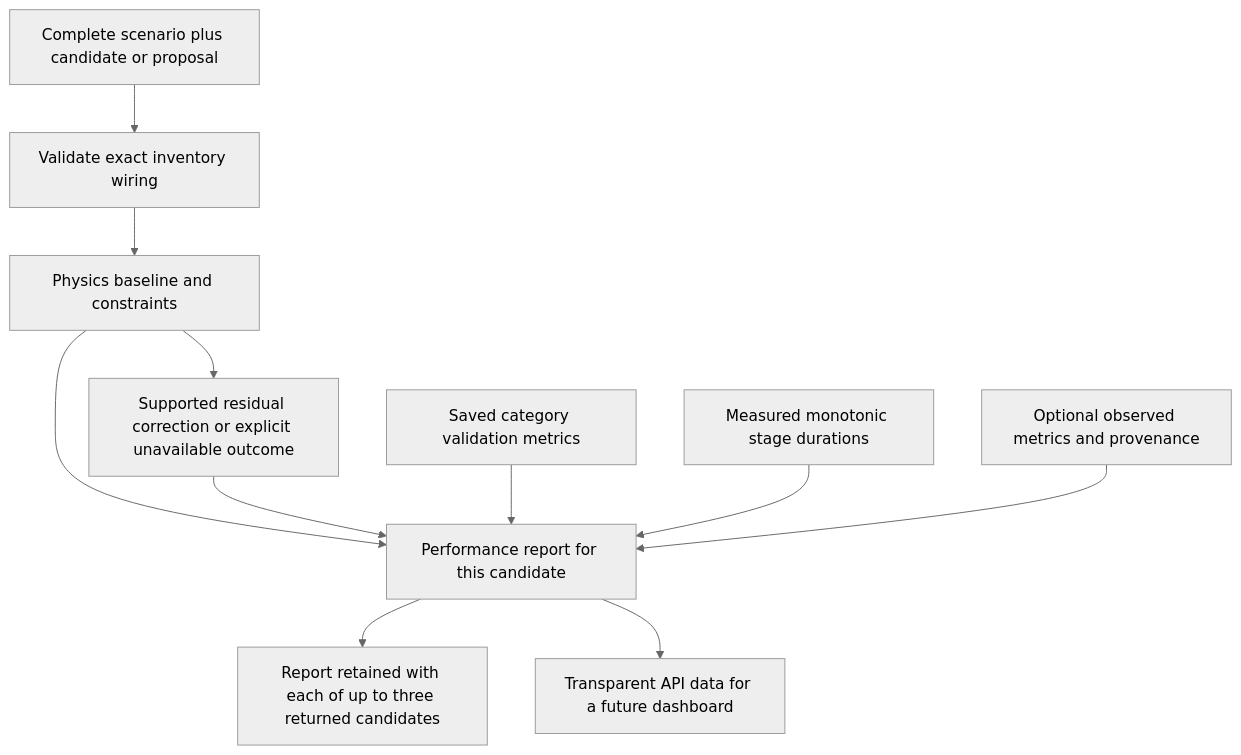
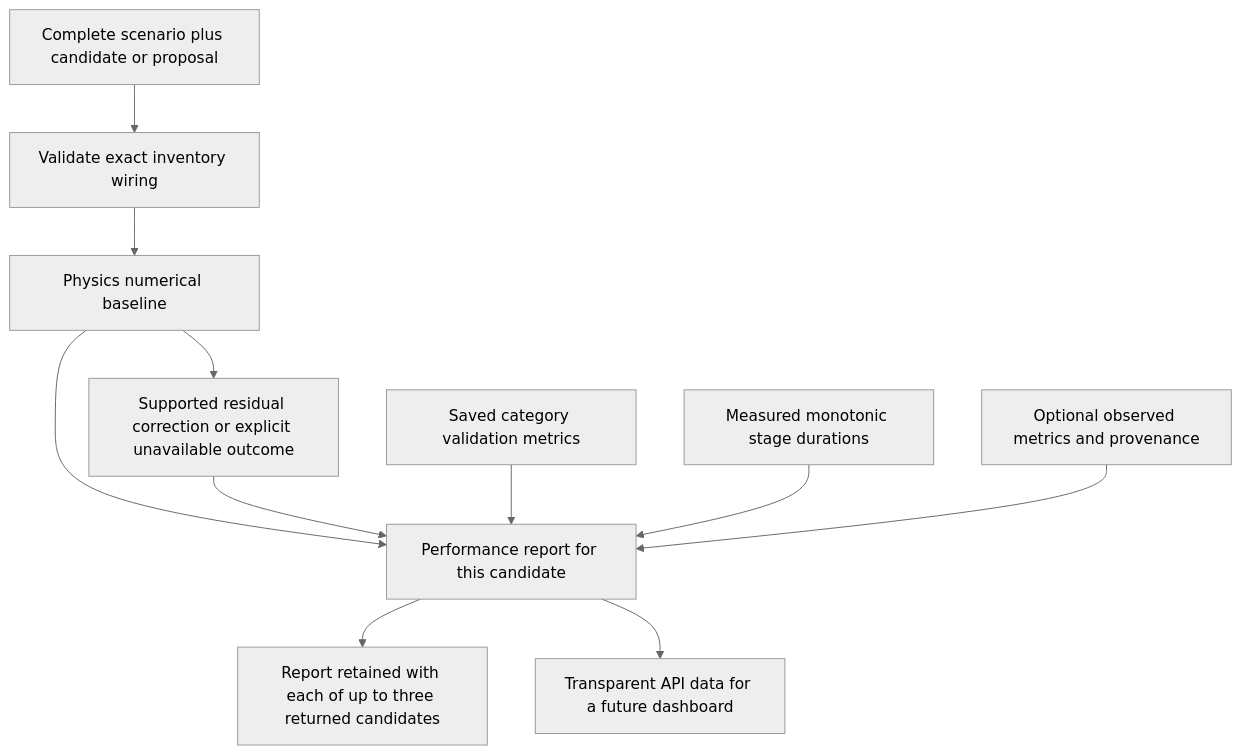
One commit to Faizaan-Nasir/ImpulseForge changed the second of 3 diagrams in docs/Marx_Generator_Technical_Implementation_Specification.md. Above: the diagram before and after it, drawn with Mermaid (neutral theme). The commit also changed other lines of this file and 57 other files, not shown here.

````diff
--- a/docs/Marx_Generator_Technical_Implementation_Specification.md
+++ b/docs/Marx_Generator_Technical_Implementation_Specification.md
@@ -1339,13 +1343,13 @@
 ```mermaid
 flowchart TD
     Input[Complete scenario plus candidate or proposal] --> Realise[Validate exact inventory wiring]
-    Realise --> Physics[Physics baseline and constraints]
+    Realise --> Physics[Physics numerical baseline]
     Physics --> ML[Supported residual correction or explicit unavailable outcome]
     Physics --> Report[Performance report for this candidate]
     ML --> Report
     Validation[Saved category validation metrics] --> Report
     Clock[Measured monotonic stage durations] --> Report
     Observed[Optional observed metrics and provenance] --> Report
     Report --> Archive[Report retained with each of up to three returned candidates]
     Report --> API[Transparent API data for a future dashboard]
 ```
````
